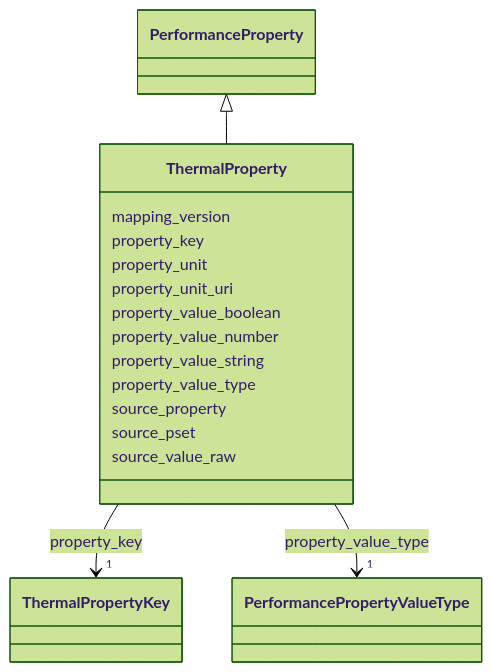
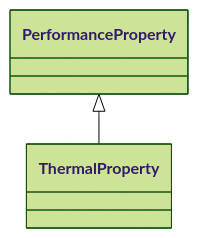
The diagram in site/.md-src/schema/ThermalProperty.md (simondilhas/pragmatic-bim-data-contract), drawn with Mermaid (forest theme) before and after one commit. The commit also changed other lines of this file and 561 other files, not shown here.

First line of the commit message:
Integrate Mermaid and Panzoom for enhanced documentation visualization

````diff
--- a/site/.md-src/schema/ThermalProperty.md
+++ b/site/.md-src/schema/ThermalProperty.md
@@ -23,22 +23,10 @@
 ```mermaid
- classDiagram
-    class ThermalProperty
-    click ThermalProperty href "./ThermalProperty.html"
-      PerformanceProperty <|-- ThermalProperty
-        click PerformanceProperty href "./PerformanceProperty.html"
-      ThermalProperty : mapping_version
-      ThermalProperty : property_key
-        ThermalProperty --> "1" ThermalPropertyKey : property_key
-        click ThermalPropertyKey href "./ThermalPropertyKey.html"
-      ThermalProperty : property_unit
-      ThermalProperty : property_unit_uri
-      ThermalProperty : property_value_boolean
-      ThermalProperty : property_value_number
-      ThermalProperty : property_value_string
-      ThermalProperty : property_value_type
-        ThermalProperty --> "1" PerformancePropertyValueType : property_value_type
-        click PerformancePropertyValueType href "./PerformancePropertyValueType.html"
-      ThermalProperty : source_property
-      ThermalProperty : source_pset
-      ThermalProperty : source_value_raw
+classDiagram
+direction TB
+class ThermalProperty
+click ThermalProperty href "./ThermalProperty.html" _blank
+PerformanceProperty <|-- ThermalProperty
+click PerformanceProperty href "./PerformanceProperty.html" _blank
+click ThermalPropertyKey href "./ThermalPropertyKey.html" _blank
+click PerformancePropertyValueType href "./PerformancePropertyValueType.html" _blank
 ```
````
